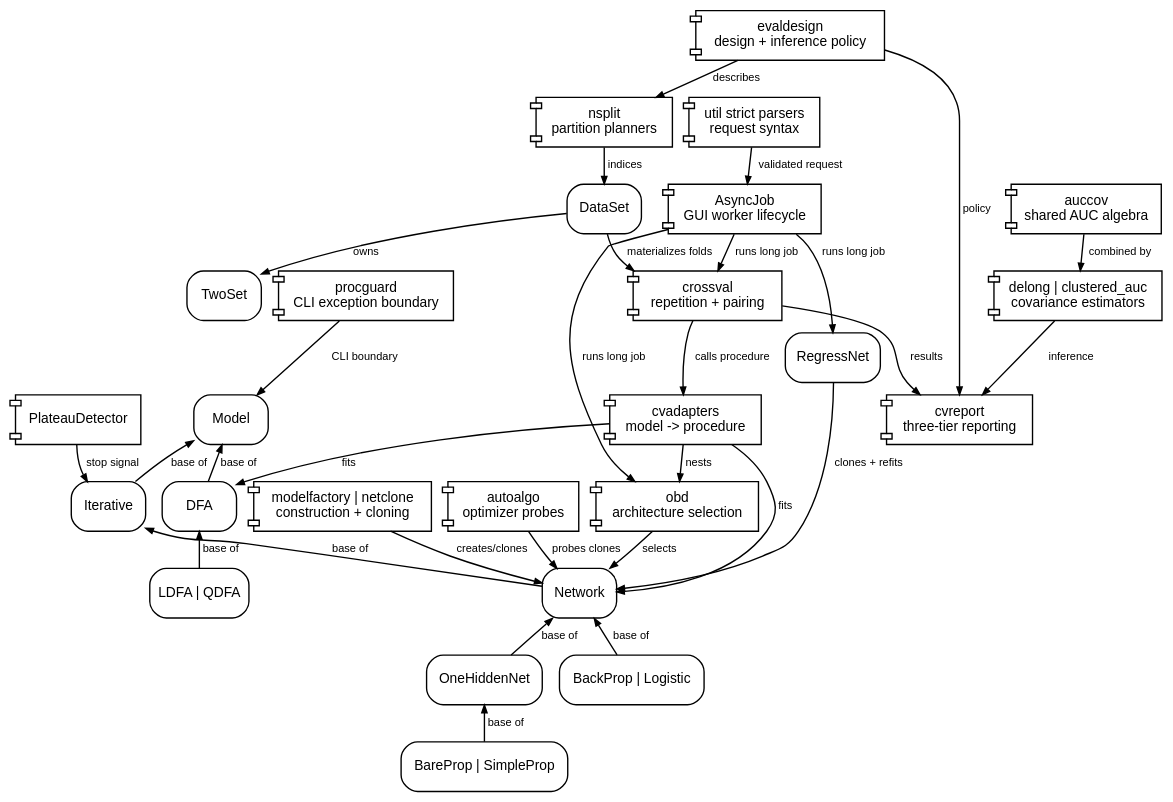
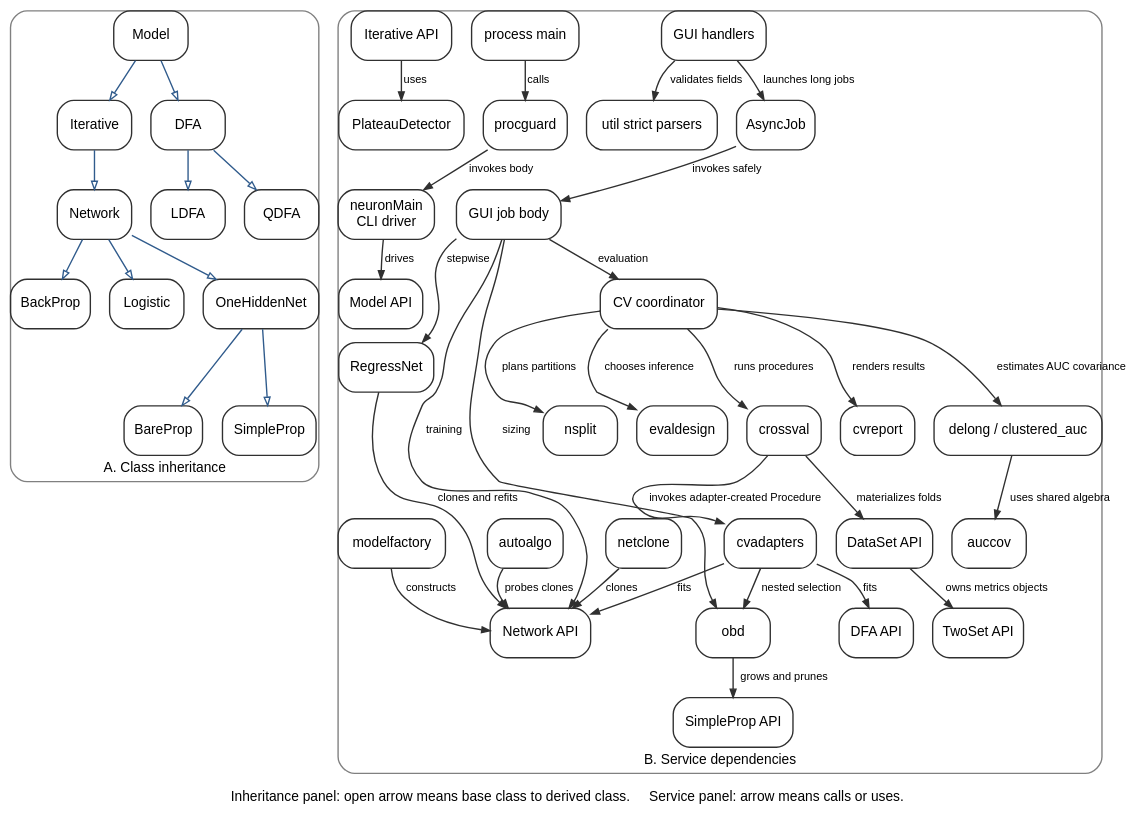
Before and after one commit to craignied/neuron: the diagram in docs/tex/figures/objects.dot, drawn with Graphviz. The commit also changed 6 other files, not shown here.

Commit message:
Clarify and govern object design figure

```diff
--- a/docs/tex/figures/objects.dot
+++ b/docs/tex/figures/objects.dot
@@ -1,65 +1,108 @@
 digraph neuron_objects {
-  graph [rankdir=TB, bgcolor="transparent", margin=0.03, nodesep=0.16,
-         ranksep=0.24, fontname="Helvetica", ratio="compress"];
-  node [shape=box, style="rounded", fontname="Helvetica", fontsize=10,
-        margin="0.08,0.05"];
-  edge [fontname="Helvetica", fontsize=8, arrowsize=0.55];
+  graph [rankdir=TB, bgcolor="transparent", margin=0.03, nodesep=0.20,
+         ranksep=0.27, fontname="Helvetica", fontsize=10,
+         label="Inheritance panel: open arrow means base class to derived class.     Service panel: arrow means calls or uses.",
+         labelloc=b, labeljust=c];
+  node [shape=box, style="rounded", color="#303030", fontname="Helvetica",
+        fontsize=10, margin="0.09,0.05"];
+  edge [color="#303030", fontname="Helvetica", fontsize=8, arrowsize=0.60];
 
-  DataSet [label="DataSet"];
-  TwoSet [label="TwoSet"];
-  Model [label="Model"];
-  Iterative [label="Iterative"];
-  Network [label="Network"];
-  OneHidden [label="OneHiddenNet"];
-  Simple [label="BareProp | SimpleProp"];
-  OtherNet [label="BackProp | Logistic"];
-  DFA [label="DFA"];
-  ConcreteDFA [label="LDFA | QDFA"];
-  RegressNet [label="RegressNet"];
+  subgraph cluster_classes {
+    label="A. Class inheritance";
+    color="#808080";
+    style="rounded";
 
-  Split [label="nsplit\npartition planners", shape=component];
-  Eval [label="evaldesign\ndesign + inference policy", shape=component];
-  OBD [label="obd\narchitecture selection", shape=component];
-  Adapters [label="cvadapters\nmodel -> procedure", shape=component];
-  CV [label="crossval\nrepetition + pairing", shape=component];
-  Report [label="cvreport\nthree-tier reporting", shape=component];
-  Cov [label="auccov\nshared AUC algebra", shape=component];
-  Est [label="delong | clustered_auc\ncovariance estimators", shape=component];
-  Factory [label="modelfactory | netclone\nconstruction + cloning", shape=component];
-  Auto [label="autoalgo\noptimizer probes", shape=component];
-  Plateau [label="PlateauDetector", shape=component];
-  Async [label="AsyncJob\nGUI worker lifecycle", shape=component];
-  Parse [label="util strict parsers\nrequest syntax", shape=component];
-  Guard [label="procguard\nCLI exception boundary", shape=component];
+    Model [label="Model"];
+    Iterative [label="Iterative"];
+    Network [label="Network"];
+    OneHidden [label="OneHiddenNet"];
+    Bare [label="BareProp"];
+    Simple [label="SimpleProp"];
+    Back [label="BackProp"];
+    Logistic [label="Logistic"];
+    DFA [label="DFA"];
+    LDFA [label="LDFA"];
+    QDFA [label="QDFA"];
 
-  DataSet -> TwoSet [label="owns"];
-  Model -> Iterative [label="base of", dir=back];
-  Iterative -> Network [label="base of", dir=back];
-  Network -> OneHidden [label="base of", dir=back];
-  OneHidden -> Simple [label="base of", dir=back];
-  Network -> OtherNet [label="base of", dir=back];
-  Model -> DFA [label="base of", dir=back];
-  DFA -> ConcreteDFA [label="base of", dir=back];
-  RegressNet -> Network [label="clones + refits"];
+    Model -> Iterative [arrowhead=empty, color="#305b8c"];
+    Iterative -> Network [arrowhead=empty, color="#305b8c"];
+    Network -> OneHidden [arrowhead=empty, color="#305b8c"];
+    OneHidden -> Bare [arrowhead=empty, color="#305b8c"];
+    OneHidden -> Simple [arrowhead=empty, color="#305b8c"];
+    Network -> Back [arrowhead=empty, color="#305b8c"];
+    Network -> Logistic [arrowhead=empty, color="#305b8c"];
+    Model -> DFA [arrowhead=empty, color="#305b8c"];
+    DFA -> LDFA [arrowhead=empty, color="#305b8c"];
+    DFA -> QDFA [arrowhead=empty, color="#305b8c"];
+  }
 
-  Split -> DataSet [label="indices"];
-  DataSet -> CV [label="materializes folds"];
-  Factory -> Network [label="creates/clones"];
-  Plateau -> Iterative [label="stop signal"];
-  Auto -> Network [label="probes clones"];
-  OBD -> Network [label="selects"];
-  Adapters -> Network [label="fits"];
-  Adapters -> DFA [label="fits"];
-  Adapters -> OBD [label="nests"];
-  CV -> Adapters [label="calls procedure"];
-  Eval -> Split [label="describes"];
-  CV -> Report [label="results"];
-  Eval -> Report [label="policy"];
-  Cov -> Est [label="combined by"];
-  Est -> Report [label="inference"];
-  Parse -> Async [label="validated request"];
-  Async -> CV [label="runs long job"];
-  Async -> OBD [label="runs long job"];
-  Async -> RegressNet [label="runs long job"];
-  Guard -> Model [label="CLI boundary"];
+  subgraph cluster_services {
+    label="B. Service dependencies";
+    color="#808080";
+    style="rounded";
+
+    Gui [label="GUI handlers"];
+    Main [label="process main"];
+    Cli [label="neuronMain\nCLI driver"];
+    Parse [label="util strict parsers"];
+    Async [label="AsyncJob"];
+    JobBody [label="GUI job body"];
+    Guard [label="procguard"];
+
+    CvCoord [label="CV coordinator"];
+    Split [label="nsplit"];
+    CV [label="crossval"];
+    Adapters [label="cvadapters"];
+    Eval [label="evaldesign"];
+    Est [label="delong / clustered_auc"];
+    Cov [label="auccov"];
+    Report [label="cvreport"];
+
+    OBD [label="obd"];
+    RegressNet [label="RegressNet"];
+    Factory [label="modelfactory"];
+    Clone [label="netclone"];
+    Auto [label="autoalgo"];
+    Plateau [label="PlateauDetector"];
+
+    ModelApi [label="Model API"];
+    IterativeApi [label="Iterative API"];
+    NetworkApi [label="Network API"];
+    SimpleApi [label="SimpleProp API"];
+    DfaApi [label="DFA API"];
+    DataApi [label="DataSet API"];
+    TwoSetApi [label="TwoSet API"];
+
+    Gui -> Parse [label="validates fields"];
+    Gui -> Async [label="launches long jobs"];
+    Main -> Guard [label="calls"];
+    Guard -> Cli [label="invokes body"];
+    Cli -> ModelApi [label="drives"];
+
+    Async -> JobBody [label="invokes safely"];
+    JobBody -> NetworkApi [label="training"];
+    JobBody -> OBD [label="sizing"];
+    JobBody -> RegressNet [label="stepwise"];
+    JobBody -> CvCoord [label="evaluation"];
+
+    CvCoord -> Split [label="plans partitions"];
+    CvCoord -> CV [label="runs procedures"];
+    CvCoord -> Eval [label="chooses inference"];
+    CvCoord -> Est [label="estimates AUC covariance"];
+    CvCoord -> Report [label="renders results"];
+    CV -> DataApi [label="materializes folds"];
+    CV -> Adapters [label="invokes adapter-created Procedure"];
+    Adapters -> NetworkApi [label="fits"];
+    Adapters -> DfaApi [label="fits"];
+    Adapters -> OBD [label="nested selection"];
+    Est -> Cov [label="uses shared algebra"];
+
+    DataApi -> TwoSetApi [label="owns metrics objects"];
+    IterativeApi -> Plateau [label="uses"];
+    OBD -> SimpleApi [label="grows and prunes"];
+    RegressNet -> NetworkApi [label="clones and refits"];
+    Factory -> NetworkApi [label="constructs"];
+    Clone -> NetworkApi [label="clones"];
+    Auto -> NetworkApi [label="probes clones"];
+  }
 }
```
